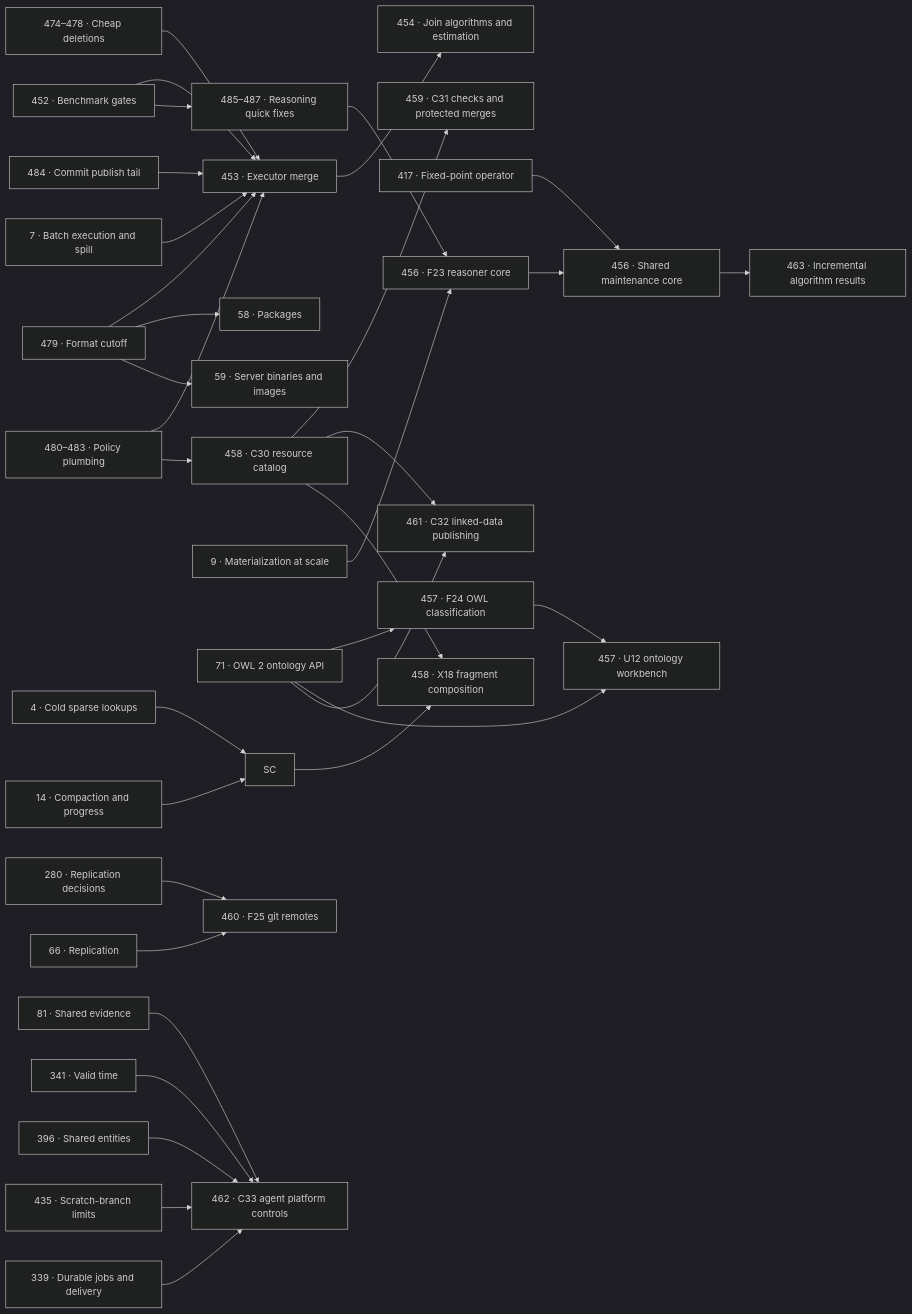
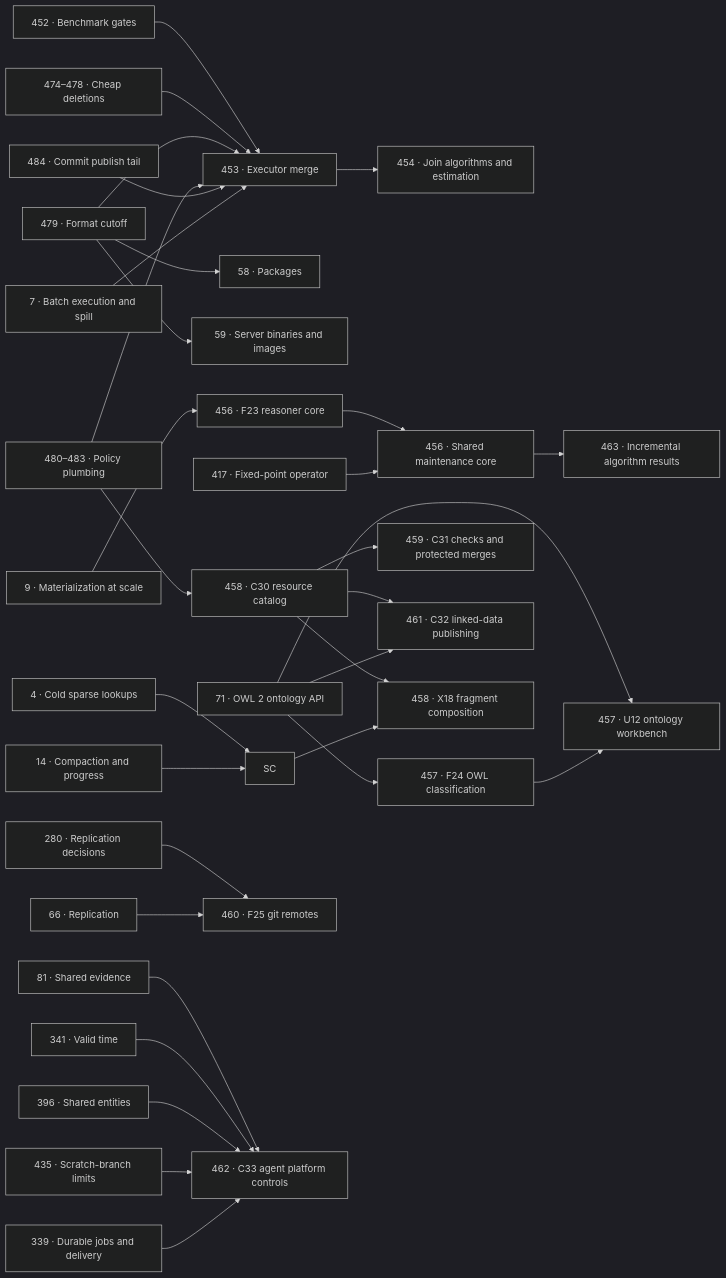
Before and after one commit to kclejeune/sparkles: the first of 2 diagrams in docs/ROADMAP.md, drawn with Mermaid (dark theme). The commit also changed other lines of this file and 8 other files, not shown here.

````diff
--- a/docs/ROADMAP.md
+++ b/docs/ROADMAP.md
@@ -246,36 +244,34 @@
 ```mermaid
 flowchart LR
     G["452 · Benchmark gates"] --> XM["453 · Executor merge"]
-    G --> QF["485–487 · Reasoning quick fixes"]
     S1["474–478 · Cheap deletions"] --> XM
     FC["479 · Format cutoff"] --> XM
     PL["480–483 · Policy plumbing"] --> XM
     PT["484 · Commit publish tail"] --> XM
     I7["7 · Batch execution and spill"] --> XM
     XM --> JA["454 · Join algorithms and estimation"]
     FC --> I58["58 · Packages"]
     FC --> I59["59 · Server binaries and images"]
     I4["4 · Cold sparse lookups"] --> SC
     I14["14 · Compaction and progress"] --> SC
-    QF --> RC["456 · F23 reasoner core"]
-    I9["9 · Materialization at scale"] --> RC
+    I9["9 · Materialization at scale"] --> RC["456 · F23 reasoner core"]
     RC --> IM["456 · Shared maintenance core"]
     I417["417 · Fixed-point operator"] --> IM
     IM --> IA["463 · Incremental algorithm results"]
     I71["71 · OWL 2 ontology API"] --> OC["457 · F24 OWL classification"]
     I71 --> WB["457 · U12 ontology workbench"]
     OC --> WB
     PL --> CA["458 · C30 resource catalog"]
     CA --> CK["459 · C31 checks and protected merges"]
     CA --> PB["461 · C32 linked-data publishing"]
     CA --> FR["458 · X18 fragment composition"]
     SC --> FR
     I71 --> PB
     I280["280 · Replication decisions"] --> GR["460 · F25 git remotes"]
     I66["66 · Replication"] --> GR
     I81["81 · Shared evidence"] --> AP["462 · C33 agent platform controls"]
     I341["341 · Valid time"] --> AP
     I396["396 · Shared entities"] --> AP
     I435["435 · Scratch-branch limits"] --> AP
     I339["339 · Durable jobs and delivery"] --> AP
 ```
````
